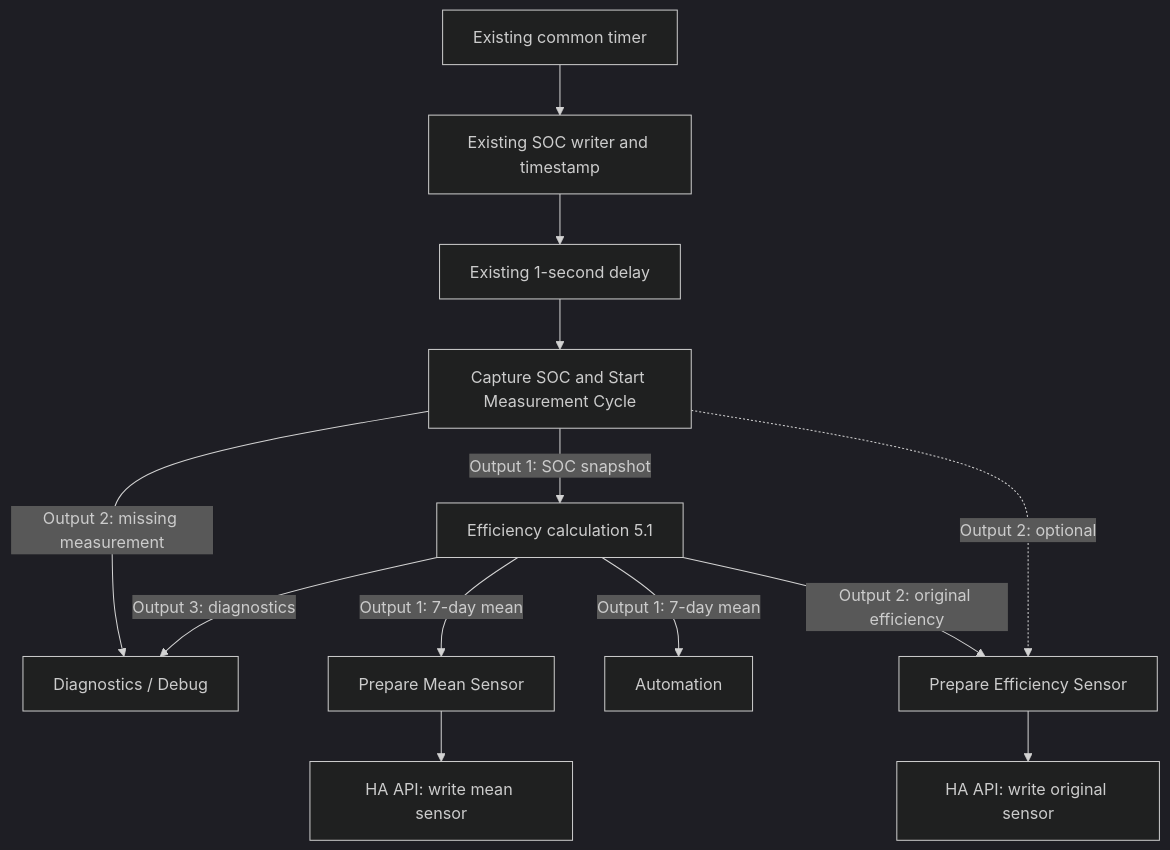
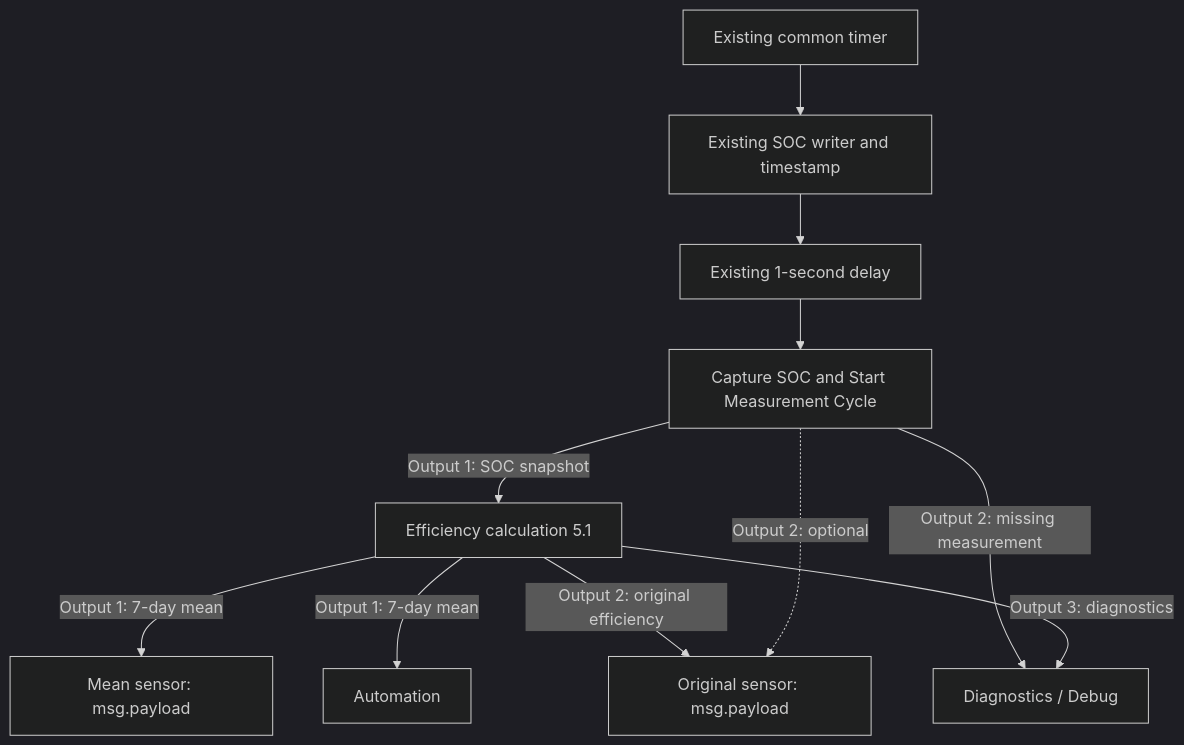
One commit to krumpholz/solarflow-controller changed the diagram in rolling-efficiency/WIRING.md. Above: the diagram before and after it, drawn with Mermaid (dark theme). The commit also changed other lines of this file and 23 other files, not shown here.

````diff
--- a/rolling-efficiency/WIRING.md
+++ b/rolling-efficiency/WIRING.md
@@ -7,15 +7,13 @@
 ```mermaid
 flowchart TD
     T["Existing common timer"] --> S["Existing SOC writer and timestamp"]
     S --> D["Existing 1-second delay"]
     D --> P["Capture SOC and Start Measurement Cycle"]
     P -->|"Output 1: SOC snapshot"| C["Efficiency calculation 5.1"]
     P -->|"Output 2: missing measurement"| X["Diagnostics / Debug"]
-    C -->|"Output 1: 7-day mean"| M["Prepare Mean Sensor"]
+    C -->|"Output 1: 7-day mean"| M["Mean sensor: msg.payload"]
     C -->|"Output 1: 7-day mean"| A["Automation"]
-    C -->|"Output 2: original efficiency"| E["Prepare Efficiency Sensor"]
+    C -->|"Output 2: original efficiency"| E["Original sensor: msg.payload"]
     C -->|"Output 3: diagnostics"| X
-    M --> MA["HA API: write mean sensor"]
-    E --> EA["HA API: write original sensor"]
     P -.->|"Output 2: optional"| E
 ```
````
